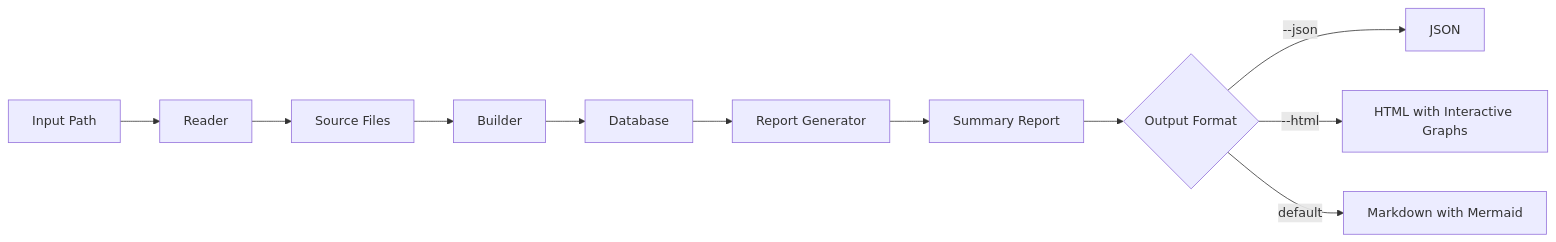
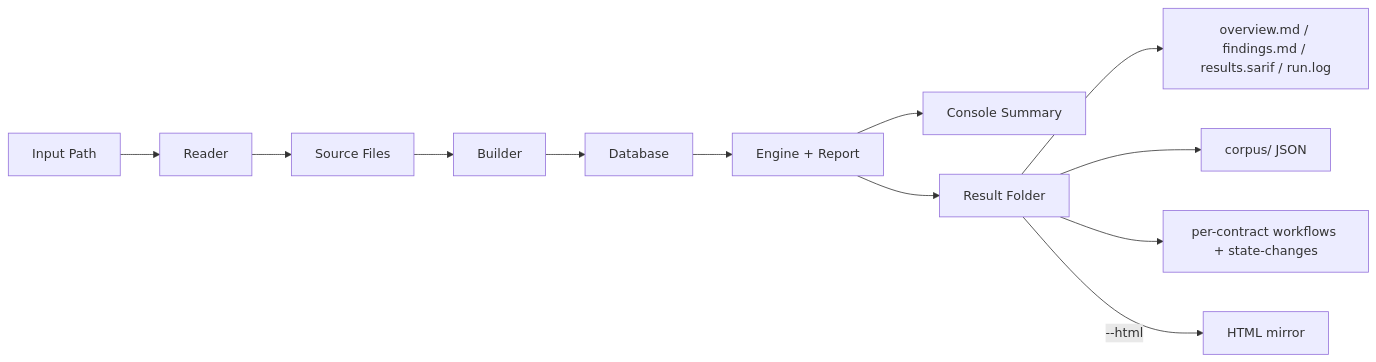
The sixth of 8 diagrams in docs/workflows.md (th13vn/w3goaudit), drawn with Mermaid before and after one commit. The commit also changed other lines of this file and 374 other files, not shown here.

````diff
--- a/docs/workflows.md
+++ b/docs/workflows.md
@@ -280,13 +332,14 @@
 ```mermaid
 graph LR
     A[Input Path] --> B[Reader]
     B --> C[Source Files]
     C --> D[Builder]
     D --> E[Database]
-    E --> F[Report Generator]
-    F --> G[Summary Report]
-    G --> H{Output Format}
-    H -->|--json| I[JSON]
-    H -->|--html| J[HTML with Interactive Graphs]
-    H -->|default| K[Markdown with Mermaid]
+    E --> F[Engine + Report]
+    F --> G[Console Summary]
+    F --> H[Result Folder]
+    H --> I[overview.md / findings.md / results.sarif / run.log]
+    H --> J[corpus/ JSON]
+    H --> K[per-contract workflows + state-changes]
+    H -->|--html| L[HTML mirror]
 ```
````
